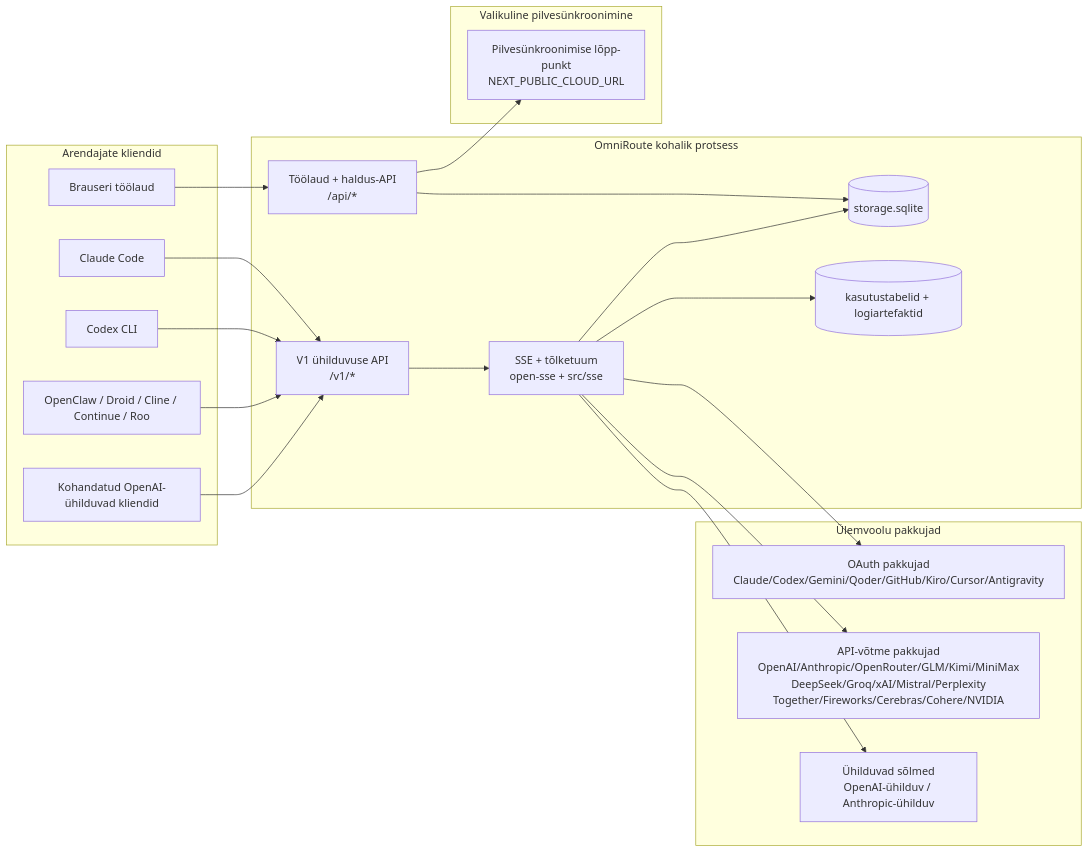
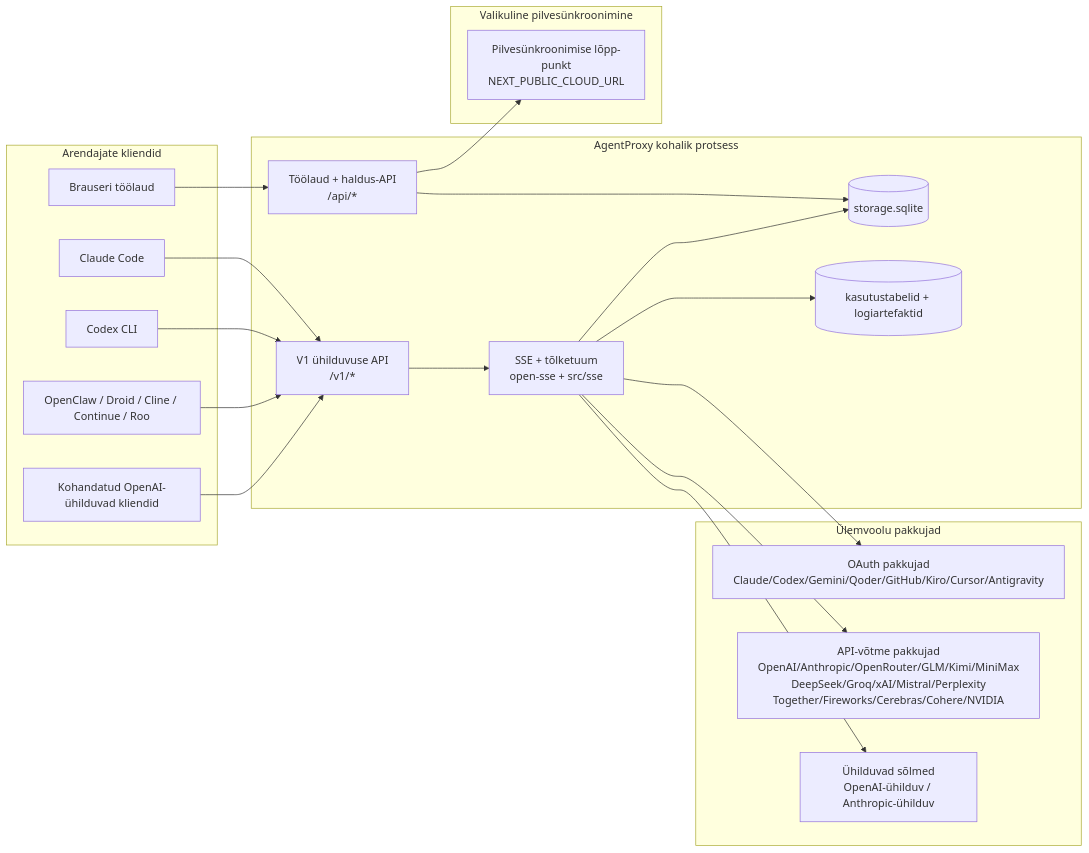
The first of 7 diagrams in docs/i18n/et/docs/architecture/ARCHITECTURE.md (khanhkit/AgentProxy), drawn with Mermaid before and after one commit. The commit also changed other lines of this file and 6043 other files, not shown here.

Commit message:
wip(release): checkpoint AgentProxy identity cleanup

````diff
--- a/docs/i18n/et/docs/architecture/ARCHITECTURE.md
+++ b/docs/i18n/et/docs/architecture/ARCHITECTURE.md
@@ -157,45 +157,45 @@
 ```mermaid
 flowchart LR
     subgraph Clients[Arendajate kliendid]
         C1[Claude Code]
         C2[Codex CLI]
         C3[OpenClaw / Droid / Cline / Continue / Roo]
         C4[Kohandatud OpenAI-ühilduvad kliendid]
         BROWSER[Brauseri töölaud]
     end
 
-    subgraph Router[OmniRoute kohalik protsess]
+    subgraph Router[AgentProxy kohalik protsess]
         API[V1 ühilduvuse API\n/v1/*]
         DASH[Töölaud + haldus-API\n/api/*]
         CORE[SSE + tõlketuum\nopen-sse + src/sse]
         DB[(storage.sqlite)]
         UDB[(kasutustabelid + logiartefaktid)]
     end
 
     subgraph Upstreams[Ülemvoolu pakkujad]
         P1[OAuth pakkujad\nClaude/Codex/Gemini/Qoder/GitHub/Kiro/Cursor/Antigravity]
         P2[API-võtme pakkujad\nOpenAI/Anthropic/OpenRouter/GLM/Kimi/MiniMax\nDeepSeek/Groq/xAI/Mistral/Perplexity\nTogether/Fireworks/Cerebras/Cohere/NVIDIA]
         P3[Ühilduvad sõlmed\nOpenAI-ühilduv / Anthropic-ühilduv]
     end
 
     subgraph Cloud[Valikuline pilvesünkroonimine]
         CLOUD[Pilvesünkroonimise lõpp-punkt\nNEXT_PUBLIC_CLOUD_URL]
     end
 
     C1 --> API
     C2 --> API
     C3 --> API
     C4 --> API
     BROWSER --> DASH
 
     API --> CORE
     DASH --> DB
     CORE --> DB
     CORE --> UDB
 
     CORE --> P1
     CORE --> P2
     CORE --> P3
 
     DASH --> CLOUD
 ```
````
